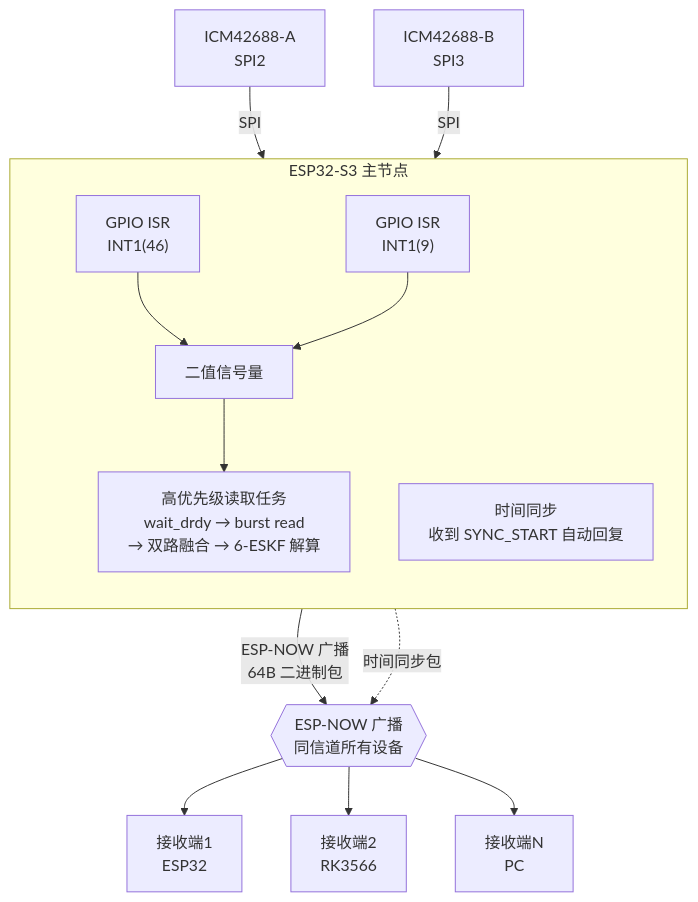
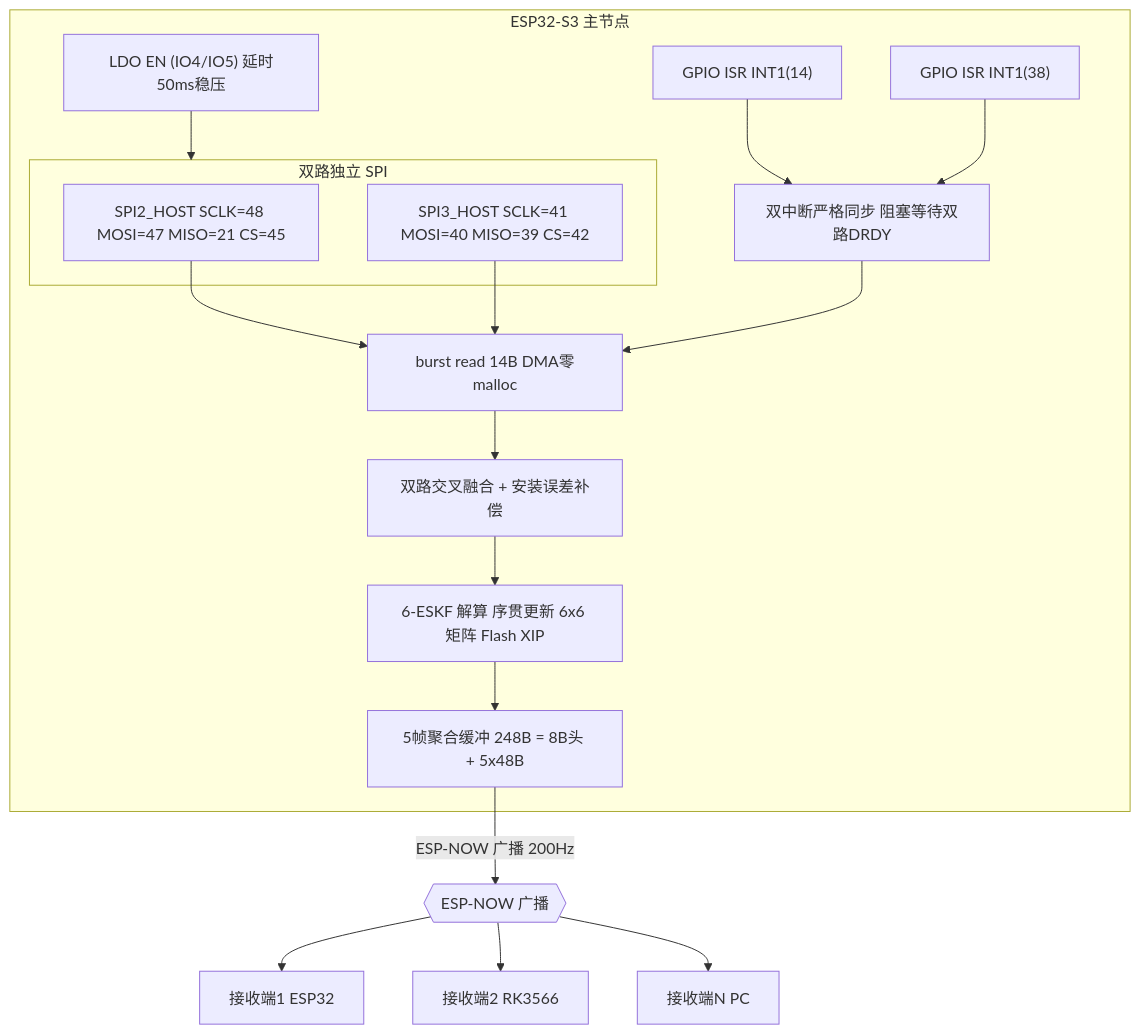
The first of 3 diagrams in README.md (yangcong-bit/ESP_ICM42688), drawn with Mermaid before and after one commit. The commit also changed other lines of this file, not shown here.

````diff
--- a/README.md
+++ b/README.md
@@ -209,20 +77,26 @@
 ```mermaid
 flowchart TB
     subgraph ESP32S3["ESP32-S3 主节点"]
-        direction TB
-        ISR_A["GPIO ISR<br/>INT1(46)"] --> SEM["二值信号量"]
-        ISR_B["GPIO ISR<br/>INT1(9)"] --> SEM
-        SEM --> TASK["高优先级读取任务<br/>wait_drdy → burst read<br/>→ 双路融合 → 6-ESKF 解算"]
-        SYNC["时间同步<br/>收到 SYNC_START 自动回复"]
+        LDO["LDO EN (IO4/IO5) 延时50ms稳压"] --> SPI_INIT
+
+        subgraph SPI_INIT["双路独立 SPI"]
+            SPI2["SPI2_HOST SCLK=48 MOSI=47 MISO=21 CS=45"]
+            SPI3["SPI3_HOST SCLK=41 MOSI=40 MISO=39 CS=42"]
+        end
+
+        ISR_A["GPIO ISR INT1(14)"] --> SYNC_DUAL["双中断严格同步 阻塞等待双路DRDY"]
+        ISR_B["GPIO ISR INT1(38)"] --> SYNC_DUAL
+
+        SPI2 --> READ["burst read 14B DMA零malloc"]
+        SPI3 --> READ
+
+        SYNC_DUAL --> READ --> FUSE["双路交叉融合 + 安装误差补偿"]
+        FUSE --> ESKF["6-ESKF 解算 序贯更新 6x6 矩阵 Flash XIP"]
+        ESKF --> AGG["5帧聚合缓冲 248B = 8B头 + 5x48B"]
     end
 
-    IMU_A["ICM42688-A<br/>SPI2"] -->|SPI| ISR_A
-    IMU_B["ICM42688-B<br/>SPI3"] -->|SPI| ISR_B
-
-    TASK -->|"ESP-NOW 广播<br/>64B 二进制包"| BROADCAST{{"ESP-NOW 广播<br/>同信道所有设备"}}
-
-    BROADCAST --> R1["接收端1<br/>ESP32"]
-    BROADCAST --> R2["接收端2<br/>RK3566"]
-    BROADCAST --> RN["接收端N<br/>PC"]
-    SYNC -.->|"时间同步包"| BROADCAST
+    AGG -->|"ESP-NOW 广播 200Hz"| BC{{"ESP-NOW 广播"}}
+    BC --> R1["接收端1 ESP32"]
+    BC --> R2["接收端2 RK3566"]
+    BC --> RN["接收端N PC"]
 ```
````
